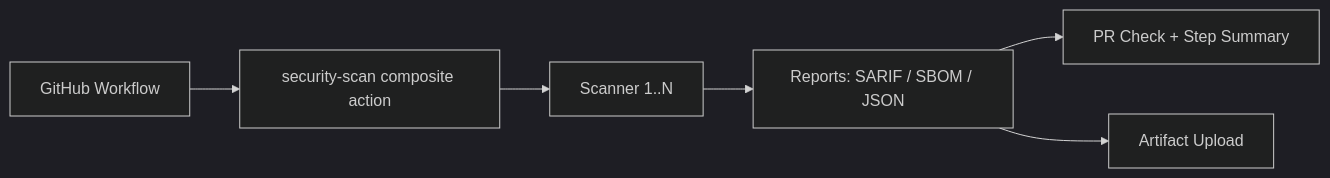
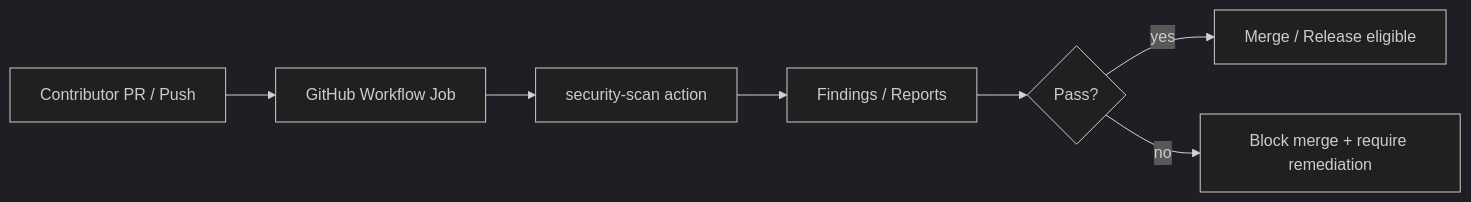
Before and after one commit to bartytime4life/Kansas-Frontier-Matrix: the first of 2 diagrams in .github/actions/security-scan/README.md, drawn with Mermaid (dark theme). The commit also changed other lines of this file, not shown here.

```diff
--- a/.github/actions/security-scan/README.md
+++ b/.github/actions/security-scan/README.md
@@ -140,8 +162,9 @@
 ~~~mermaid
 flowchart LR
-  A[GitHub Workflow] --> B[security-scan composite action]
-  B --> C[Scanner 1..N]
-  C --> D[Reports: SARIF / SBOM / JSON]
-  D --> E[PR Check + Step Summary]
-  D --> F[Artifact Upload]
+  Dev[Contributor PR / Push] --> CI[GitHub Workflow Job]
+  CI --> Action[security-scan action]
+  Action --> Findings[Findings / Reports]
+  Findings --> Gate{Pass?}
+  Gate -- yes --> Merge[Merge / Release eligible]
+  Gate -- no --> Block[Block merge + require remediation]
 ~~~
```
